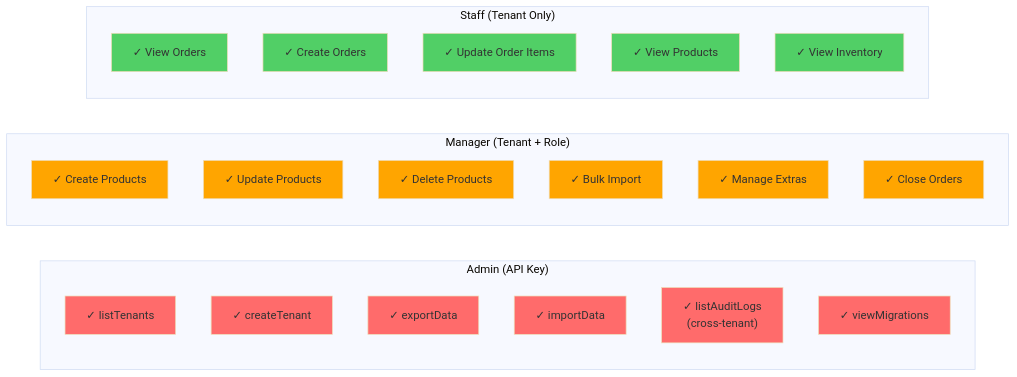
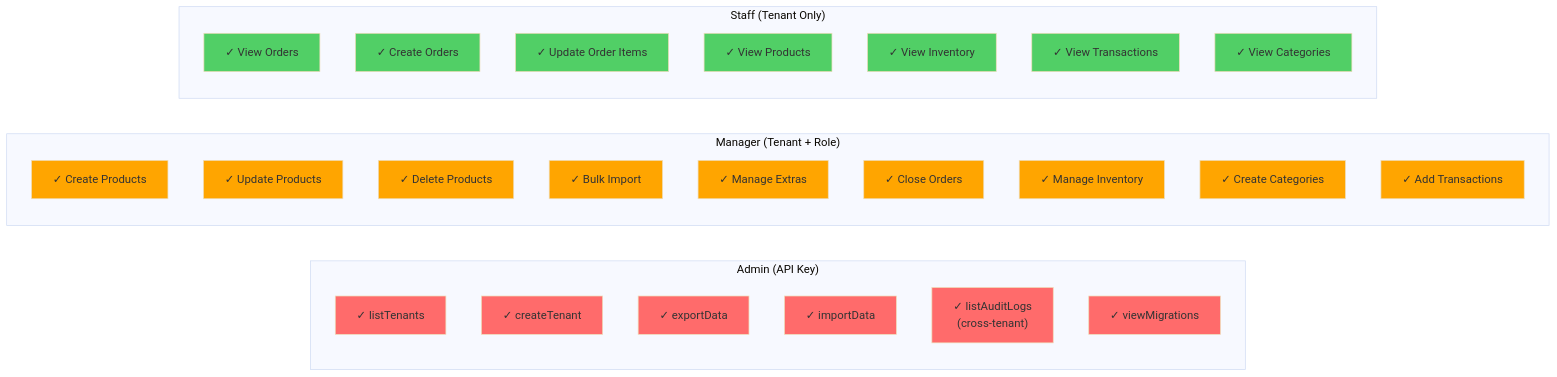
Before and after one commit to BarreraSlzr/orders_managment: the third of 13 diagrams in RBAC_TENANCY_ARCHITECTURE.md, drawn with Mermaid (base theme). The commit also changed other lines of this file, not shown here.

Commit message:
feat(inventory): enhance RBAC and event-driven architecture for inventory management, including item, category, and transaction handling

````diff
--- a/RBAC_TENANCY_ARCHITECTURE.md
+++ b/RBAC_TENANCY_ARCHITECTURE.md
@@ -181,46 +181,56 @@
 ```mermaid
 graph LR
     subgraph "Admin (API Key)"
         A1["✓ listTenants"]
         A2["✓ createTenant"]
         A3["✓ exportData"]
         A4["✓ importData"]
         A5["✓ listAuditLogs<br/>(cross-tenant)"]
         A6["✓ viewMigrations"]
     end
 
     subgraph "Manager (Tenant + Role)"
         M1["✓ Create Products"]
         M2["✓ Update Products"]
         M3["✓ Delete Products"]
         M4["✓ Bulk Import"]
         M5["✓ Manage Extras"]
         M6["✓ Close Orders"]
+        M7["✓ Manage Inventory"]
+        M8["✓ Create Categories"]
+        M9["✓ Add Transactions"]
     end
 
     subgraph "Staff (Tenant Only)"
         S1["✓ View Orders"]
         S2["✓ Create Orders"]
         S3["✓ Update Order Items"]
         S4["✓ View Products"]
         S5["✓ View Inventory"]
+        S6["✓ View Transactions"]
+        S7["✓ View Categories"]
     end
 
     style A1 fill:#ff6b6b
     style A2 fill:#ff6b6b
     style A3 fill:#ff6b6b
     style A4 fill:#ff6b6b
     style A5 fill:#ff6b6b
     style A6 fill:#ff6b6b
     style M1 fill:#ffa500
     style M2 fill:#ffa500
     style M3 fill:#ffa500
     style M4 fill:#ffa500
     style M5 fill:#ffa500
     style M6 fill:#ffa500
+    style M7 fill:#ffa500
+    style M8 fill:#ffa500
+    style M9 fill:#ffa500
     style S1 fill:#51cf66
     style S2 fill:#51cf66
     style S3 fill:#51cf66
     style S4 fill:#51cf66
     style S5 fill:#51cf66
+    style S6 fill:#51cf66
+    style S7 fill:#51cf66
 ```
````
